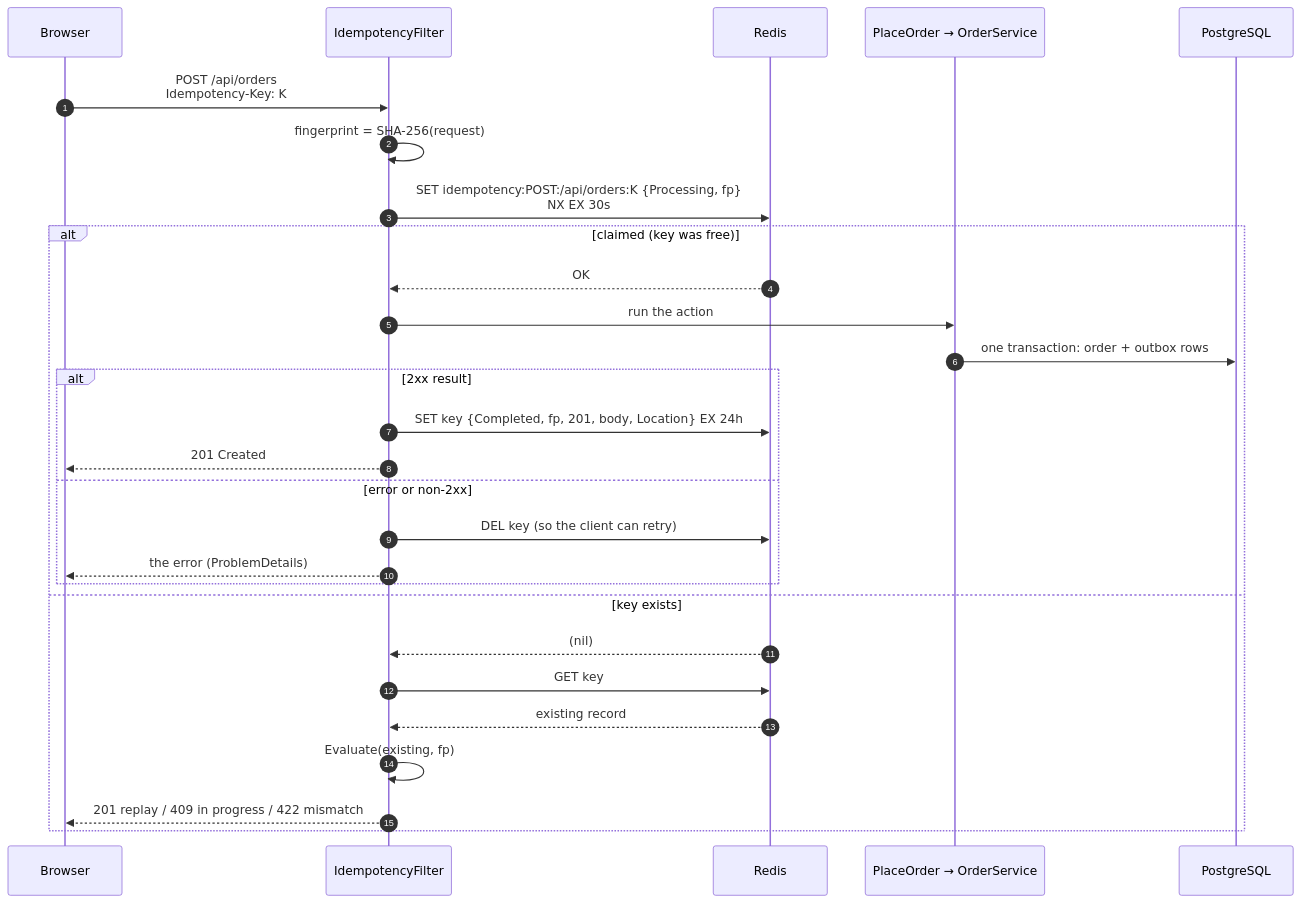
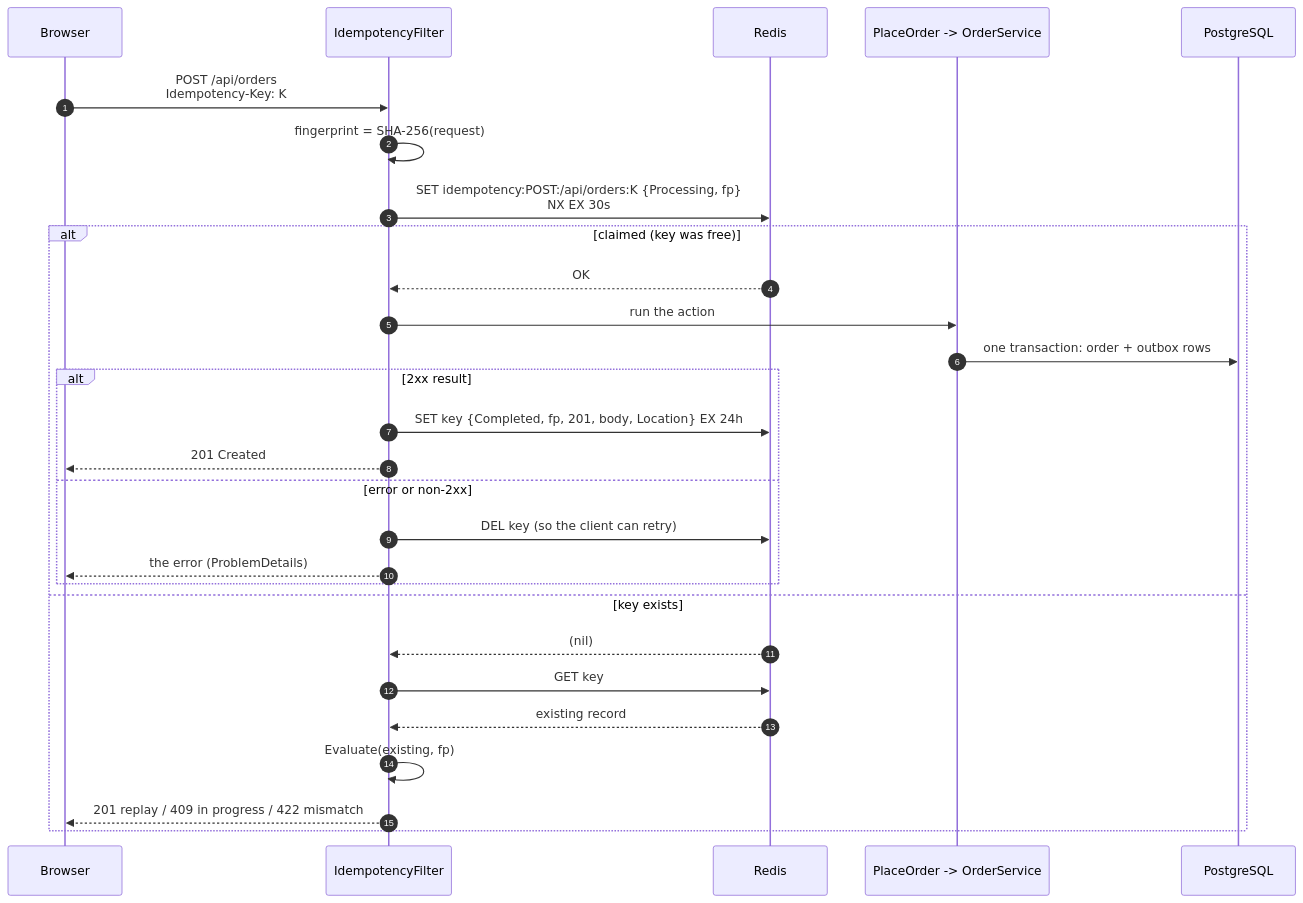
Before and after one commit to ring9834/BrewQueue: the second of 4 diagrams in docs/idempotency.md, drawn with Mermaid. The commit also changed other lines of this file and 5 other files, not shown here.

````diff
--- a/docs/idempotency.md
+++ b/docs/idempotency.md
@@ -135,31 +135,31 @@
 ```mermaid
 sequenceDiagram
     autonumber
     participant C as Browser
     participant F as IdempotencyFilter
     participant R as Redis
-    participant A as PlaceOrder → OrderService
+    participant A as PlaceOrder -> OrderService
     participant DB as PostgreSQL
 
     C->>F: POST /api/orders<br/>Idempotency-Key: K
     F->>F: fingerprint = SHA-256(request)
     F->>R: SET idempotency:POST:/api/orders:K {Processing, fp}<br/>NX EX 30s
     alt claimed (key was free)
         R-->>F: OK
         F->>A: run the action
         A->>DB: one transaction: order + outbox rows
         alt 2xx result
             F->>R: SET key {Completed, fp, 201, body, Location} EX 24h
             F-->>C: 201 Created
         else error or non-2xx
             F->>R: DEL key (so the client can retry)
             F-->>C: the error (ProblemDetails)
         end
     else key exists
         R-->>F: (nil)
         F->>R: GET key
         R-->>F: existing record
         F->>F: Evaluate(existing, fp)
         F-->>C: 201 replay / 409 in progress / 422 mismatch
     end
 ```
````
